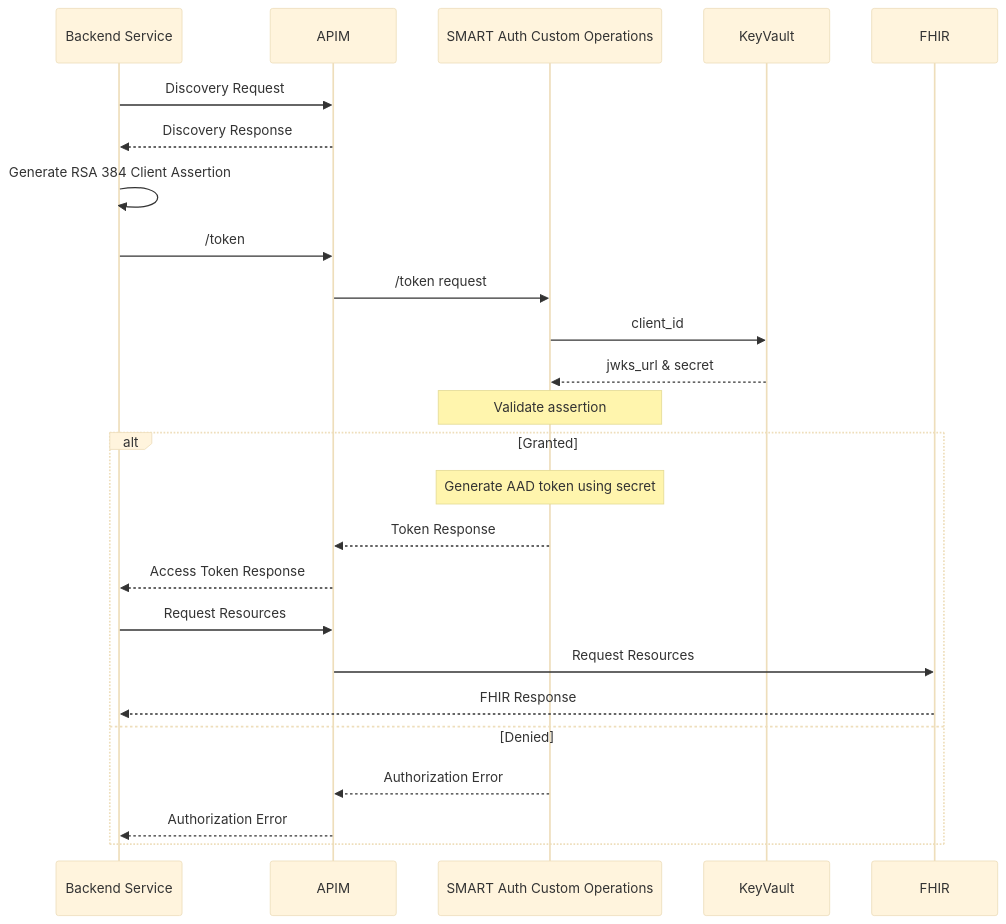
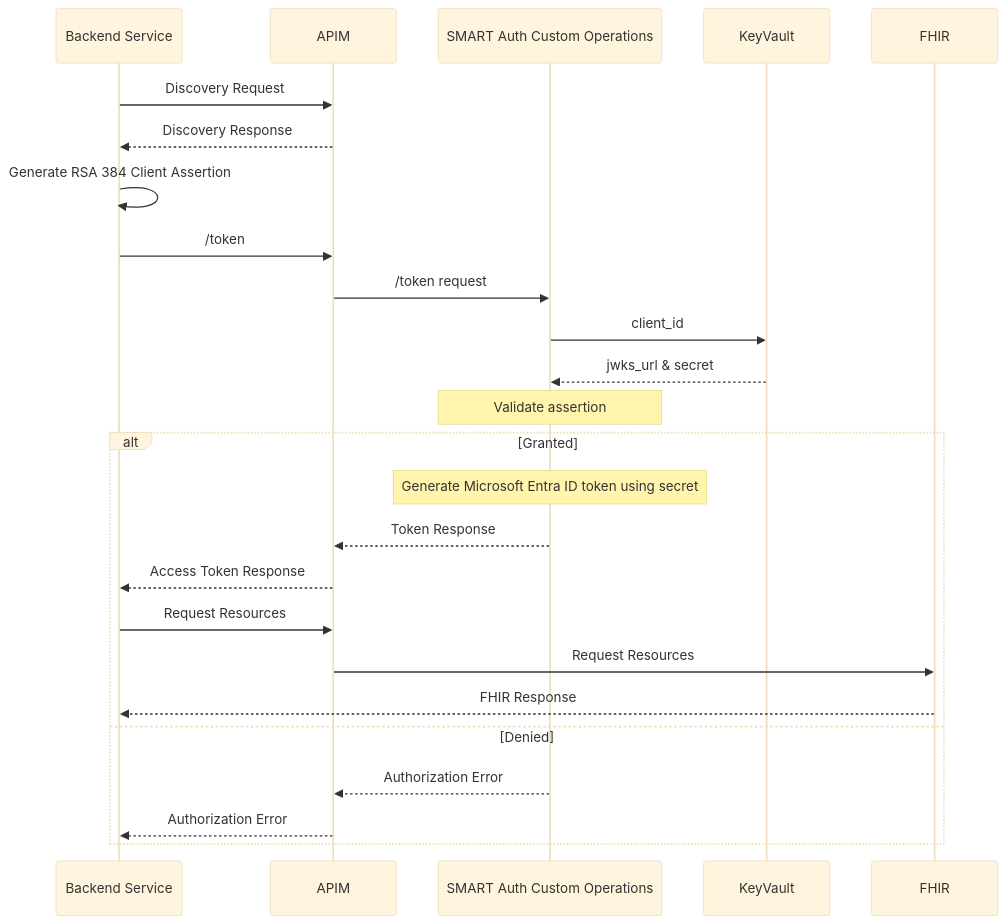
The fourth of 4 diagrams in samples/patientandpopulationservices-smartonfhir-oncg10/docs/technical-guide.md (Azure-Samples/azure-health-data-and-ai-samples), drawn with Mermaid (base theme) before and after one commit. The commit also changed other lines of this file and 35 other files, not shown here.

````diff
--- a/samples/patientandpopulationservices-smartonfhir-oncg10/docs/technical-guide.md
+++ b/samples/patientandpopulationservices-smartonfhir-oncg10/docs/technical-guide.md
@@ -162,29 +162,29 @@
 ```mermaid
   sequenceDiagram
     participant Backend Service
     participant APIM
     participant SMART Auth Custom Operations
     participant KeyVault
     participant FHIR
 
     Backend Service ->> APIM: Discovery Request
     APIM -->> Backend Service: Discovery Response
     Backend Service ->> Backend Service: Generate RSA 384 Client Assertion
     Backend Service ->> APIM: /token
     APIM ->> SMART Auth Custom Operations: /token request
     SMART Auth Custom Operations ->> KeyVault: client_id
     KeyVault -->> SMART Auth Custom Operations: jwks_url & secret
 
     note over SMART Auth Custom Operations: Validate assertion
     alt Granted
-        note over SMART Auth Custom Operations: Generate AAD token using secret
+        note over SMART Auth Custom Operations: Generate Microsoft Entra ID token using secret
         SMART Auth Custom Operations -->> APIM: Token Response
         APIM -->> Backend Service: Access Token Response
         Backend Service ->> APIM: Request Resources
         APIM ->> FHIR: Request Resources
         FHIR -->> Backend Service: FHIR Response
     else Denied
         SMART Auth Custom Operations -->> APIM: Authorization Error
         APIM -->> Backend Service: Authorization Error
     end
 ```
````
